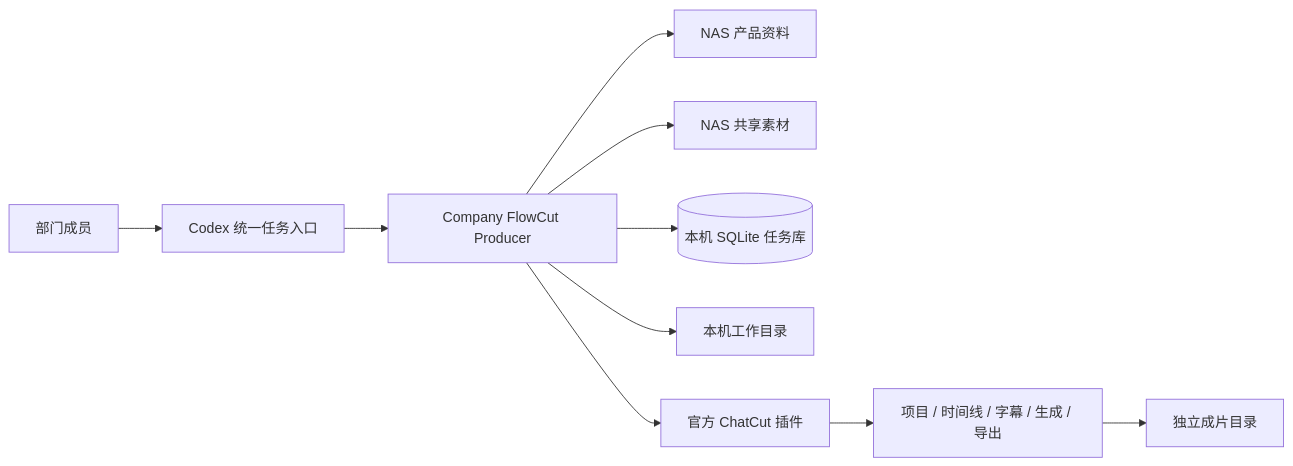
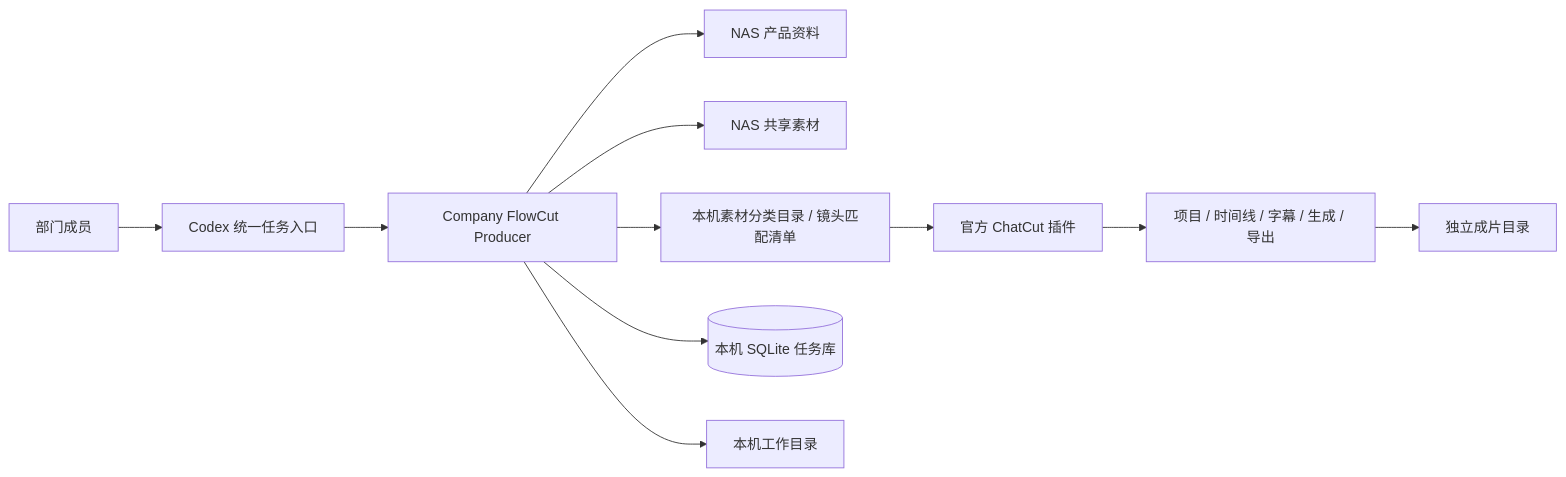
The diagram in plugins/company-flowcut-producer/docs/system-architecture.md (zmq18560817115-eng/shipinskill), drawn with Mermaid before and after one commit. The commit also changed other lines of this file and 21 other files, not shown here.

````diff
--- a/plugins/company-flowcut-producer/docs/system-architecture.md
+++ b/plugins/company-flowcut-producer/docs/system-architecture.md
@@ -11,12 +11,13 @@
 ```mermaid
 flowchart LR
     U[部门成员] --> C[Codex 统一任务入口]
     C --> P[Company FlowCut Producer]
     P --> K[NAS 产品资料]
     P --> A[NAS 共享素材]
+    P --> M[本机素材分类目录 / 镜头匹配清单]
     P --> S[(本机 SQLite 任务库)]
     P --> W[本机工作目录]
-    P --> X[官方 ChatCut 插件]
+    M --> X[官方 ChatCut 插件]
     X --> T[项目 / 时间线 / 字幕 / 生成 / 导出]
     T --> O[独立成片目录]
 ```
````
